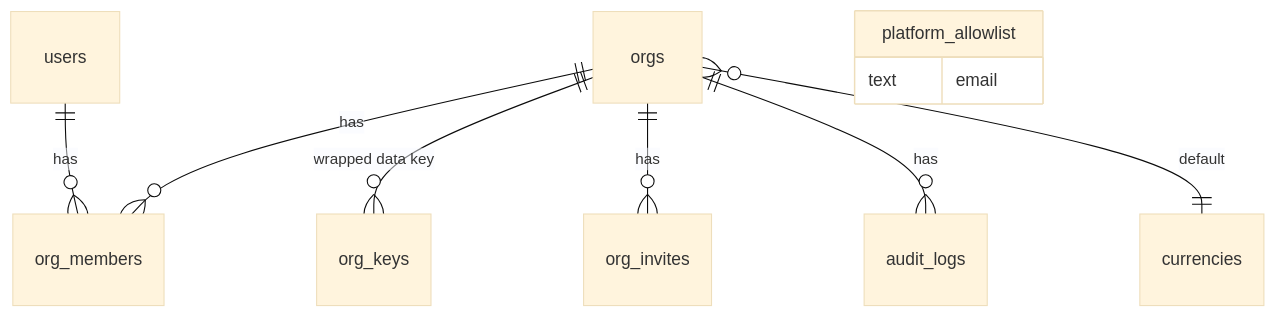
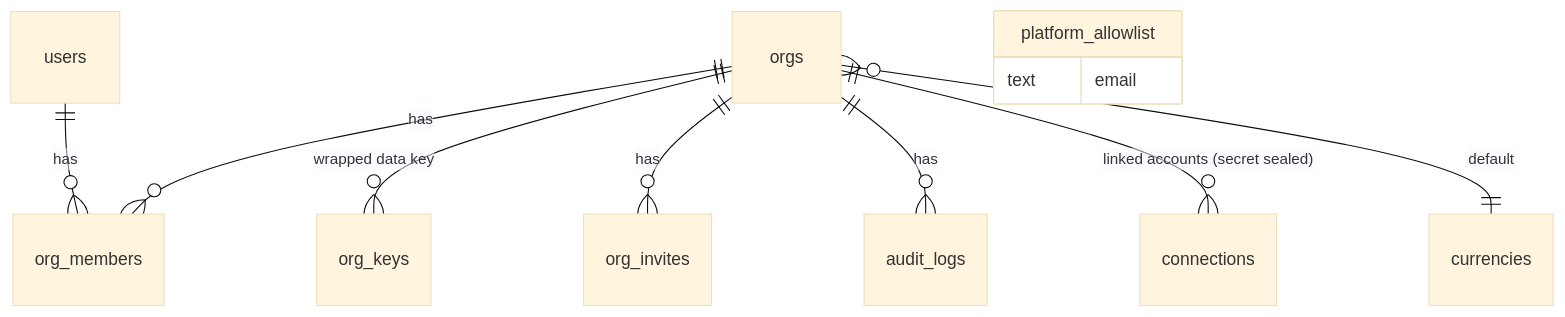
The fourth of 4 diagrams in docs/architecture.md (blackchapel/billfold), drawn with Mermaid (base theme) before and after one commit. The commit also changed other lines of this file and 46 other files, not shown here.

First line of the commit message:
Phase 2: connections (Drive/Gmail OAuth, IMAP/SMTP app passwords), tested before saving and stored sealed

````diff
--- a/docs/architecture.md
+++ b/docs/architecture.md
@@ -51,12 +51,13 @@
 ```mermaid
 erDiagram
   users ||--o{ org_members : has
   orgs ||--o{ org_members : has
   orgs ||--o{ org_keys : "wrapped data key"
   orgs ||--o{ org_invites : has
   orgs ||--o{ audit_logs : has
+  orgs ||--o{ connections : "linked accounts (secret sealed)"
   orgs }o--|| currencies : default
   platform_allowlist {
     text email
   }
 ```
````
